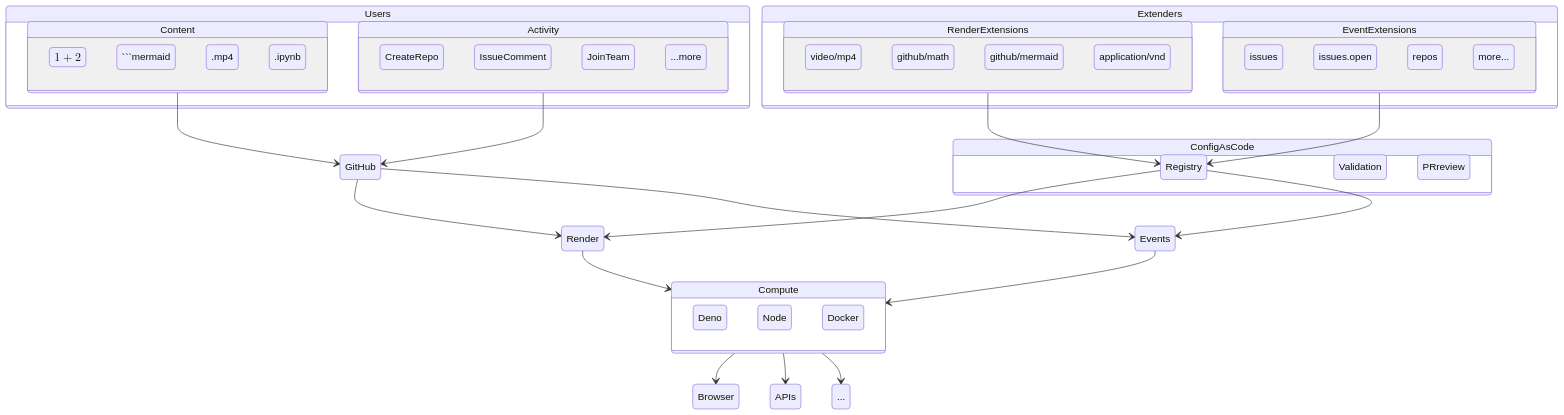
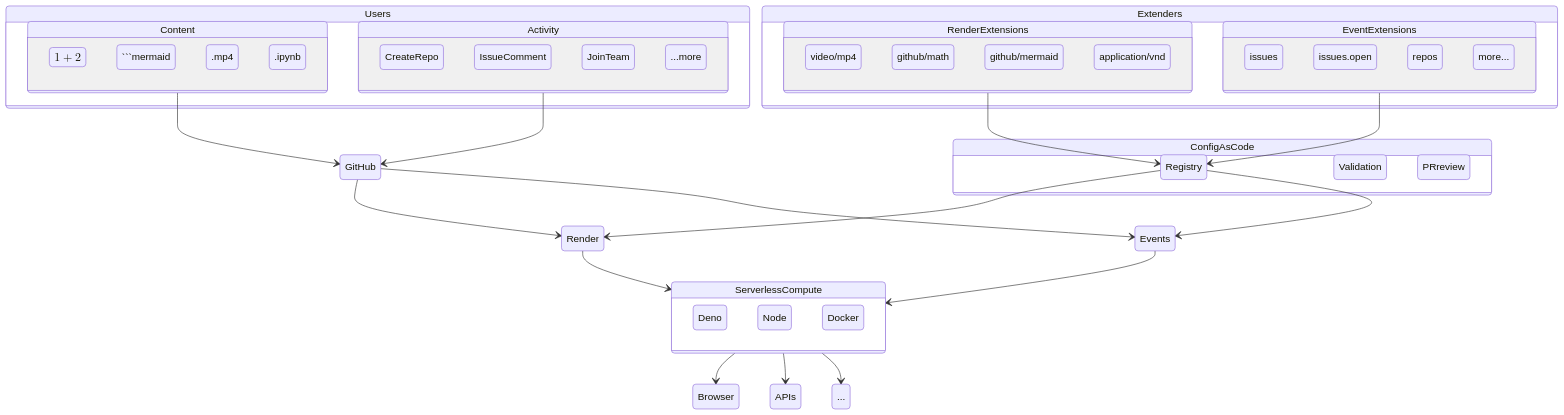
The diagram in README.md (extendohub/demo), drawn with Mermaid before and after one commit.

Commit message:
tweak working

````diff
--- a/README.md
+++ b/README.md
@@ -21,58 +21,58 @@
 ```mermaid
 stateDiagram-v2
   state Users {
     state Content {
         $$1+2$$
         ```mermaid
         .mp4
         .ipynb
 
     }
     state Activity {
         CreateRepo
         IssueComment
         JoinTeam
         ...more
     }
   }
   state Extenders {
     state RenderExtensions {
         video/mp4
         github/math
         github/mermaid
         application/vnd
     }  
     state EventExtensions {
         issues
         issues.open
         repos
         more...
     }  
   }
-  state Compute {
+  state ServerlessCompute {
     Deno
     Node
     Docker
   }
   state ConfigAsCode {
     Registry
     Validation
     PRreview
   }
   Events: Events
   Render: Render
   Content --> GitHub
   Activity --> GitHub
   GitHub --> Render
   GitHub --> Events
 
   RenderExtensions --> Registry
   EventExtensions --> Registry
   Registry --> Render
-  Render --> Compute
-  Events --> Compute
+  Render --> ServerlessCompute
+  Events --> ServerlessCompute
   Registry --> Events
-  Compute --> Browser
-  Compute --> APIs
-  Compute --> ...
+  ServerlessCompute --> Browser
+  ServerlessCompute --> APIs
+  ServerlessCompute --> ...
 ```
````
